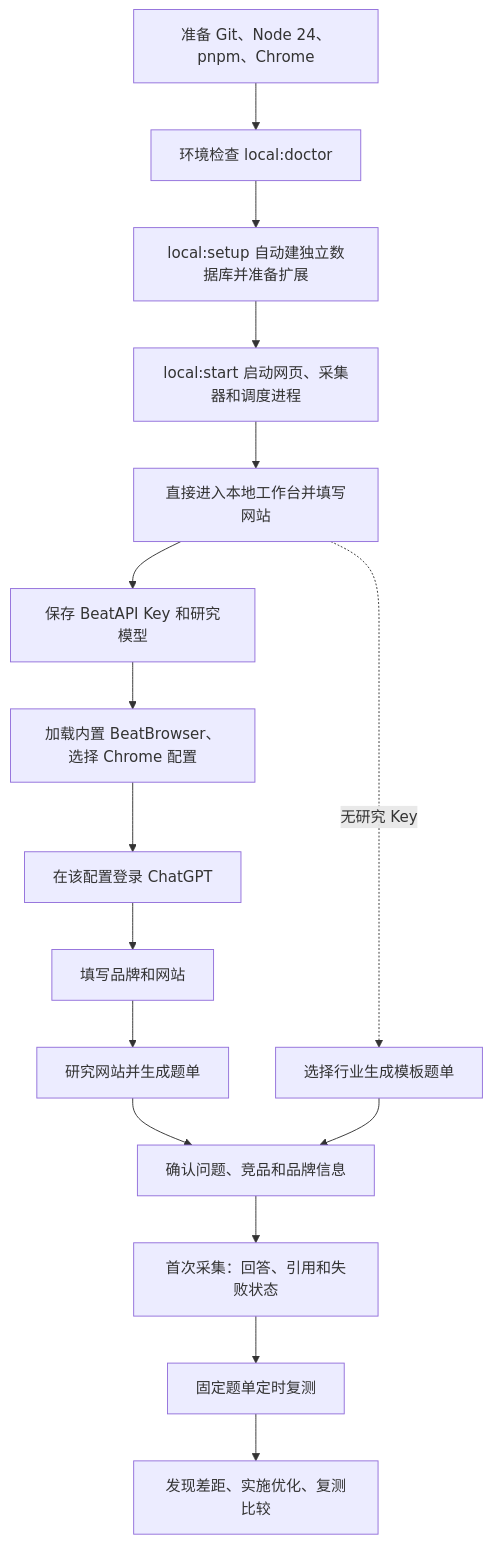
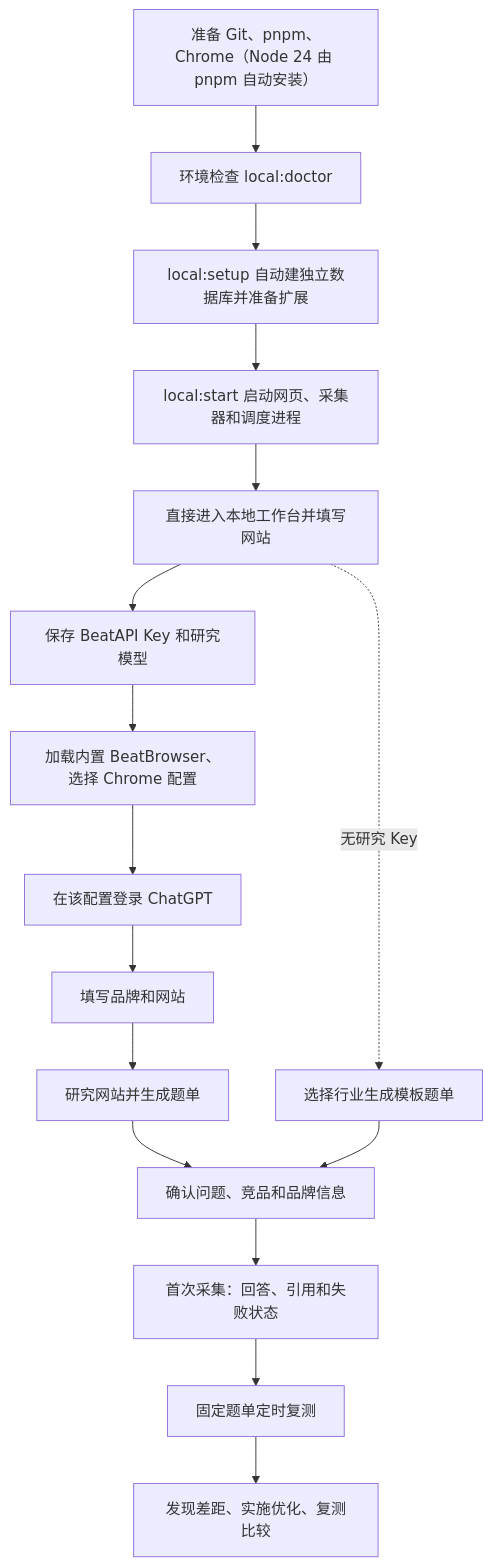
One commit to BeatAPI/BeatGEO changed the first of 2 diagrams in docs/beat-geo/getting-started.md. Above: the diagram before and after it, drawn with Mermaid. The commit also changed 6 other files, not shown here.

First line of the commit message:
Let pnpm install and use Node.js 24 for the local edition

````diff
--- a/docs/beat-geo/getting-started.md
+++ b/docs/beat-geo/getting-started.md
@@ -5,18 +5,18 @@
 ```mermaid
 flowchart TD
-    A[准备 Git、Node 24、pnpm、Chrome] --> B[环境检查 local:doctor]
+    A[准备 Git、pnpm、Chrome（Node 24 由 pnpm 自动安装）] --> B[环境检查 local:doctor]
     B --> C[local:setup 自动建独立数据库并准备扩展]
     C --> D[local:start 启动网页、采集器和调度进程]
     D --> E[直接进入本地工作台并填写网站]
     E --> F[保存 BeatAPI Key 和研究模型]
     F --> G[加载内置 BeatBrowser、选择 Chrome 配置]
     G --> H[在该配置登录 ChatGPT]
     H --> I[填写品牌和网站]
     I --> J[研究网站并生成题单]
     J --> K[确认问题、竞品和品牌信息]
     K --> L[首次采集：回答、引用和失败状态]
     L --> M[固定题单定时复测]
     M --> N[发现差距、实施优化、复测比较]
     E -. 无研究 Key .-> O[选择行业生成模板题单]
     O --> K
 ```
````
